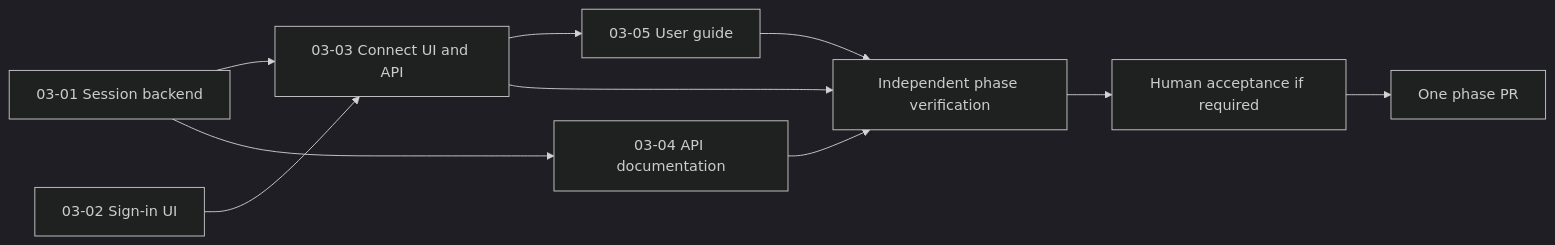
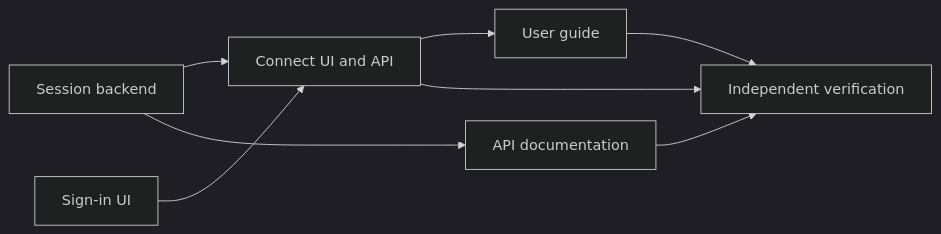
The diagram in docs/PHASE-WORKFLOW.md (Tasaddar12/ai-engineering-template), drawn with Mermaid (dark theme) before and after one commit. The commit also changed other lines of this file and 2 other files, not shown here.

````diff
--- a/docs/PHASE-WORKFLOW.md
+++ b/docs/PHASE-WORKFLOW.md
@@ -133,12 +158,10 @@
 ```mermaid
 flowchart LR
-    A["03-01 Session backend"] --> C["03-03 Connect UI and API"]
-    B["03-02 Sign-in UI"] --> C
-    A --> D["03-04 API documentation"]
-    C --> E["03-05 User guide"]
-    C --> V["Independent phase verification"]
+    A[Session backend] --> C[Connect UI and API]
+    B[Sign-in UI] --> C
+    A --> D[API documentation]
+    C --> E[User guide]
+    C --> V[Independent verification]
     D --> V
     E --> V
-    V --> U["Human acceptance if required"]
-    U --> P["One phase PR"]
 ```
````
